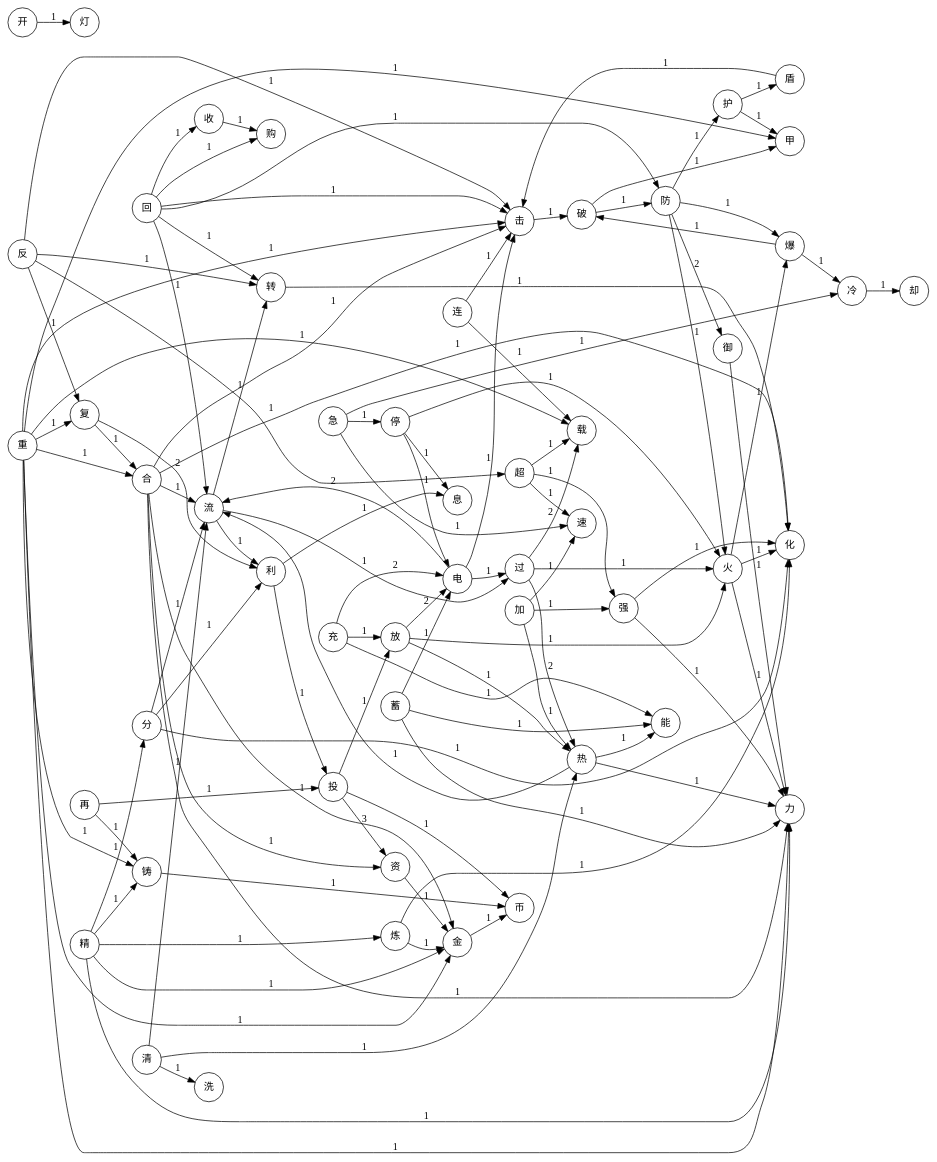
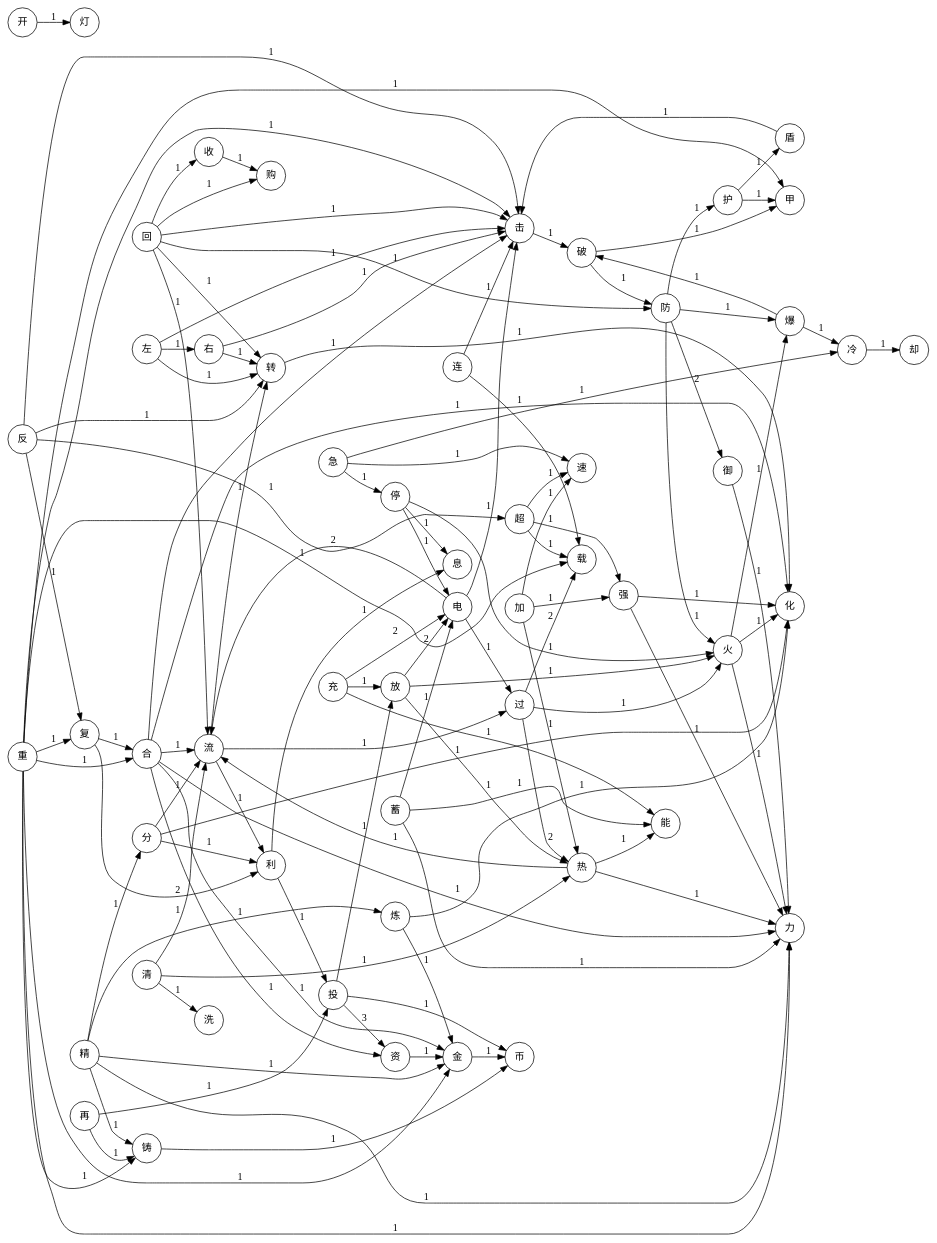
Before and after one commit to Doffin-azure/huoziluandou-contributions: the diagram in docs/glyph_graph.dot, drawn with Graphviz. The commit also changed 60 other files, not shown here.

```diff
--- a/docs/glyph_graph.dot
+++ b/docs/glyph_graph.dot
@@ -1,161 +1,168 @@
 digraph glyph_network {
   rankdir=LR; node [shape=circle, fontname="Noto Serif SC"];
   "合";
   "化";
   "火";
   "精";
   "分";
   "铸";
   "金";
   "开";
   "灯";
+  "右";
+  "击";
+  "转";
+  "左";
   "防";
   "御";
   "护";
   "甲";
   "盾";
   "重";
   "反";
-  "击";
   "回";
   "破";
   "爆";
   "力";
   "连";
   "电";
   "强";
   "加";
   "超";
   "复";
   "载";
   "流";
   "收";
   "购";
-  "转";
   "清";
   "洗";
   "蓄";
   "能";
   "充";
   "放";
   "热";
   "过";
   "速";
   "急";
   "冷";
   "却";
   "停";
   "息";
   "币";
   "资";
   "投";
   "利";
   "炼";
   "再";
   "合" -> "化" [label="1"];
   "火" -> "化" [label="1"];
   "精" -> "分" [label="1"];
   "精" -> "铸" [label="1"];
   "精" -> "金" [label="1"];
   "开" -> "灯" [label="1"];
+  "右" -> "击" [label="1"];
+  "右" -> "转" [label="1"];
+  "左" -> "击" [label="1"];
+  "左" -> "右" [label="1"];
+  "左" -> "转" [label="1"];
   "防" -> "御" [label="2"];
   "防" -> "护" [label="1"];
   "护" -> "甲" [label="1"];
   "护" -> "盾" [label="1"];
   "重" -> "甲" [label="1"];
   "反" -> "击" [label="1"];
   "盾" -> "击" [label="1"];
   "回" -> "防" [label="1"];
   "破" -> "防" [label="1"];
   "破" -> "甲" [label="1"];
   "击" -> "破" [label="1"];
   "防" -> "火" [label="1"];
   "防" -> "爆" [label="1"];
   "御" -> "力" [label="1"];
   "连" -> "击" [label="1"];
   "重" -> "击" [label="1"];
   "合" -> "击" [label="1"];
   "回" -> "击" [label="1"];
   "电" -> "击" [label="1"];
   "火" -> "力" [label="1"];
   "合" -> "力" [label="1"];
   "强" -> "力" [label="1"];
   "加" -> "强" [label="1"];
   "超" -> "强" [label="1"];
   "重" -> "合" [label="1"];
   "重" -> "复" [label="1"];
   "连" -> "载" [label="1"];
   "反" -> "复" [label="1"];
   "回" -> "流" [label="1"];
   "分" -> "流" [label="1"];
   "合" -> "流" [label="1"];
   "回" -> "收" [label="1"];
   "回" -> "购" [label="1"];
   "回" -> "转" [label="1"];
   "流" -> "转" [label="1"];
   "清" -> "洗" [label="1"];
   "清" -> "流" [label="1"];
   "复" -> "合" [label="1"];
   "蓄" -> "能" [label="1"];
   "蓄" -> "力" [label="1"];
   "蓄" -> "电" [label="1"];
   "充" -> "电" [label="2"];
   "充" -> "能" [label="1"];
   "放" -> "电" [label="2"];
   "放" -> "热" [label="1"];
   "充" -> "放" [label="1"];
   "热" -> "能" [label="1"];
   "热" -> "力" [label="1"];
   "过" -> "热" [label="2"];
   "过" -> "载" [label="2"];
   "超" -> "载" [label="1"];
   "加" -> "速" [label="1"];
   "急" -> "速" [label="1"];
   "超" -> "速" [label="1"];
   "冷" -> "却" [label="1"];
   "急" -> "停" [label="1"];
   "停" -> "火" [label="1"];
   "停" -> "息" [label="1"];
   "清" -> "热" [label="1"];
   "热" -> "流" [label="1"];
   "火" -> "爆" [label="1"];
   "爆" -> "破" [label="1"];
   "爆" -> "冷" [label="1"];
   "重" -> "载" [label="1"];
   "金" -> "币" [label="1"];
   "合" -> "金" [label="1"];
   "铸" -> "币" [label="1"];
   "资" -> "金" [label="1"];
   "投" -> "币" [label="1"];
   "收" -> "购" [label="1"];
   "投" -> "资" [label="3"];
   "利" -> "息" [label="1"];
   "复" -> "利" [label="2"];
   "炼" -> "金" [label="1"];
   "投" -> "放" [label="1"];
   "分" -> "利" [label="1"];
   "再" -> "投" [label="1"];
   "转" -> "化" [label="1"];
   "分" -> "化" [label="1"];
   "反" -> "转" [label="1"];
   "精" -> "炼" [label="1"];
   "强" -> "化" [label="1"];
   "重" -> "铸" [label="1"];
   "炼" -> "化" [label="1"];
   "再" -> "铸" [label="1"];
   "电" -> "流" [label="2"];
   "加" -> "热" [label="1"];
   "急" -> "冷" [label="1"];
   "停" -> "电" [label="1"];
   "放" -> "火" [label="1"];
   "过" -> "火" [label="1"];
   "反" -> "超" [label="1"];
   "合" -> "资" [label="1"];
   "流" -> "利" [label="1"];
   "重" -> "金" [label="1"];
   "精" -> "力" [label="1"];
   "利" -> "投" [label="1"];
   "流" -> "过" [label="1"];
   "电" -> "过" [label="1"];
   "重" -> "力" [label="1"];
 }
```
